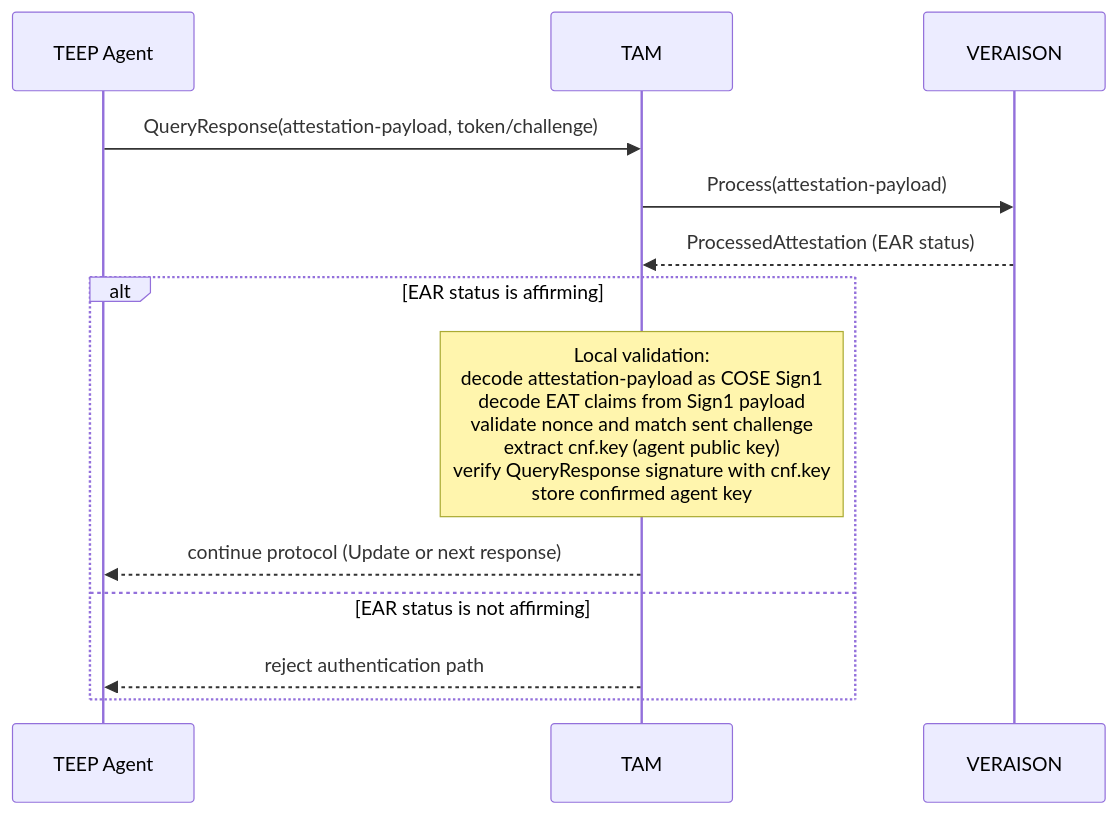
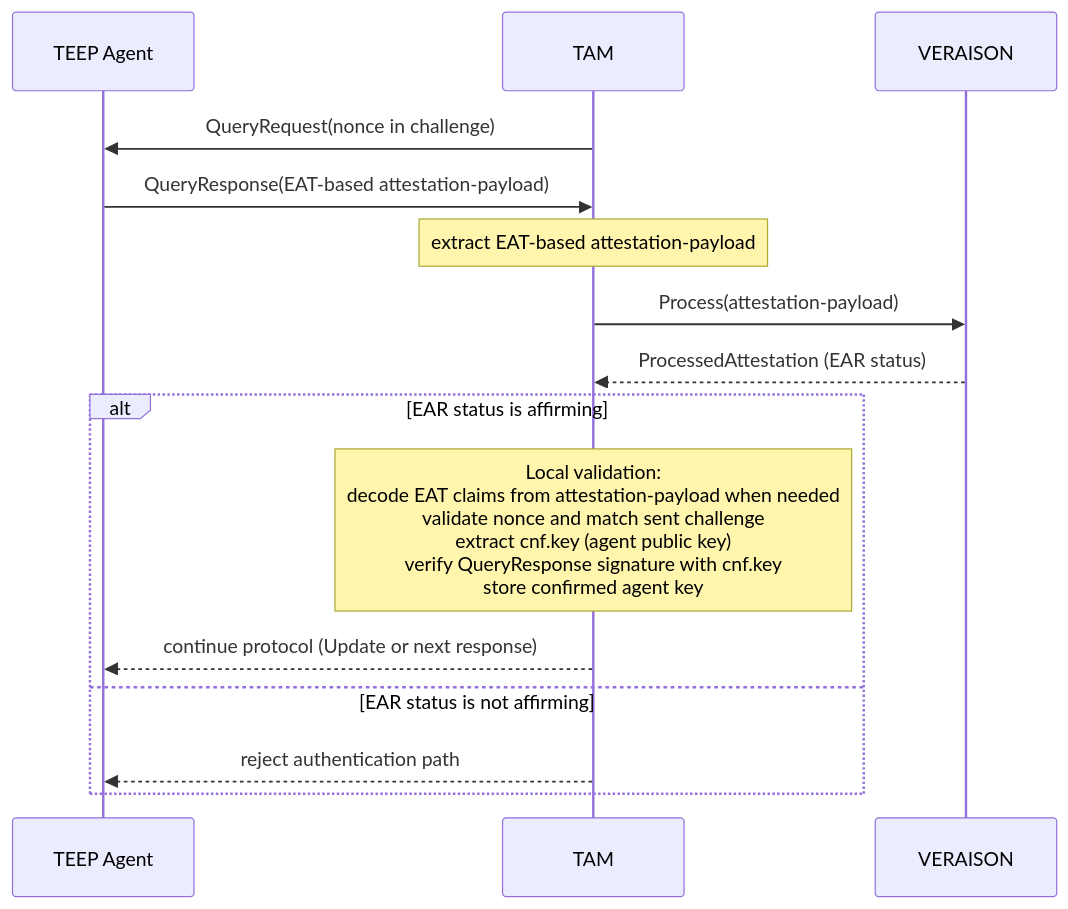
The eighth of 10 diagrams in doc/TEEP_MESSAGE_HANDLE.md (kentakayama/AttesTAM), drawn with Mermaid before and after one commit. The commit also changed other lines of this file and 7 other files, not shown here.

Commit message:
refactor: PSA Attestation Token, Generic EAT Evidence, SGX Quote pathes.

````diff
--- a/doc/TEEP_MESSAGE_HANDLE.md
+++ b/doc/TEEP_MESSAGE_HANDLE.md
@@ -145,16 +145,18 @@
 ```mermaid
 sequenceDiagram
     participant Agent as TEEP Agent
     participant TAM as TAM
     participant V as VERAISON
 
-    Agent->>TAM: QueryResponse(attestation-payload, token/challenge)
+    TAM->>Agent: QueryRequest(nonce in challenge)
+    Agent->>TAM: QueryResponse(EAT-based attestation-payload)
+    note over TAM: extract EAT-based attestation-payload
     TAM->>V: Process(attestation-payload)
     V-->>TAM: ProcessedAttestation (EAR status)
     alt EAR status is affirming
-        note over TAM: Local validation:<br/>decode attestation-payload as COSE Sign1<br/>decode EAT claims from Sign1 payload<br/>validate nonce and match sent challenge<br/>extract cnf.key (agent public key)<br/>verify QueryResponse signature with cnf.key<br/>store confirmed agent key
+        note over TAM: Local validation:<br/>decode EAT claims from attestation-payload when needed<br/>validate nonce and match sent challenge<br/>extract cnf.key (agent public key)<br/>verify QueryResponse signature with cnf.key<br/>store confirmed agent key
         TAM-->>Agent: continue protocol (Update or next response)
     else EAR status is not affirming
         TAM-->>Agent: reject authentication path
     end
 ```
````
